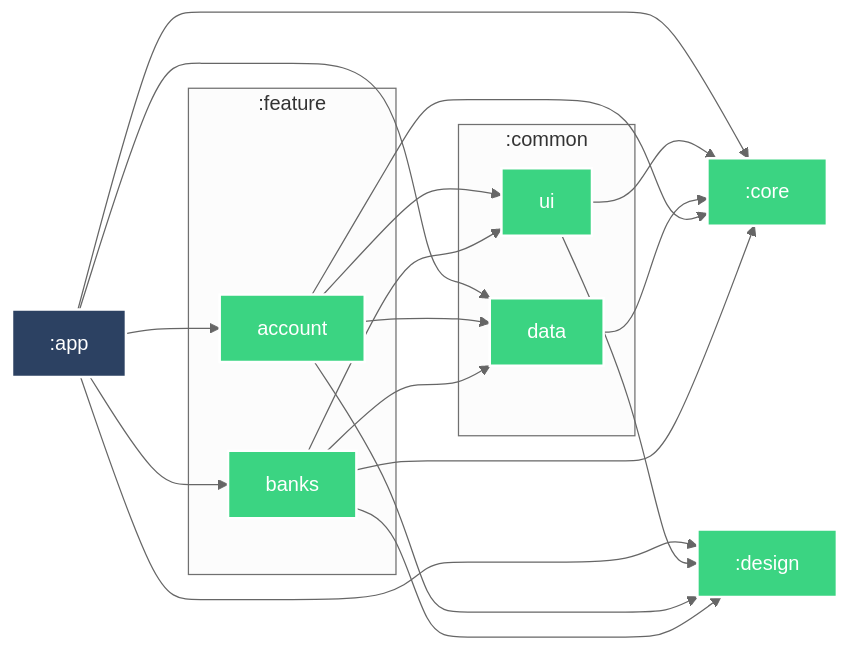
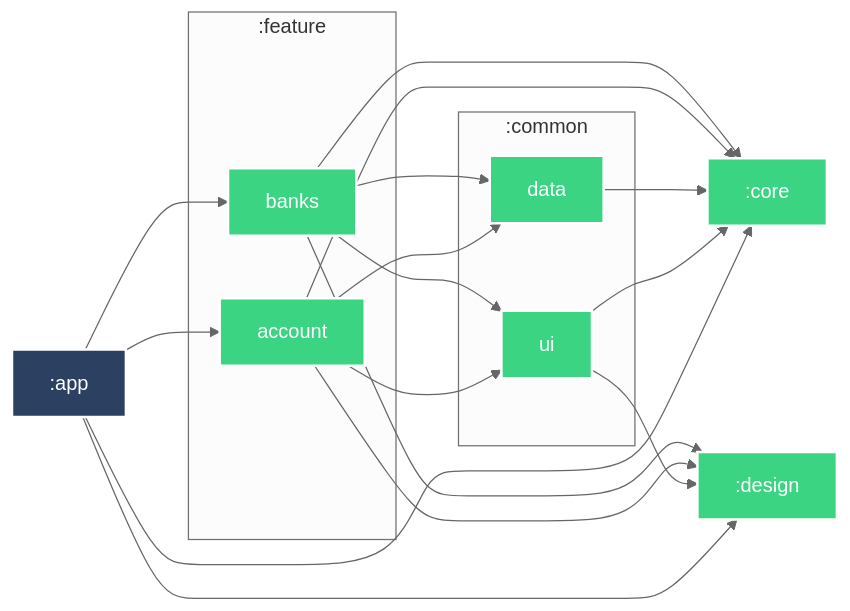
The diagram in docs/README.md (r4dixx/CATSikel), drawn with Mermaid before and after one commit. The commit also changed 10 other files, not shown here.

````diff
--- a/docs/README.md
+++ b/docs/README.md
@@ -3,44 +3,43 @@
 ```mermaid
 %%{
   init: {
     'theme': 'neutral'
   }
 }%%
 
 graph LR
   subgraph :common
     :common:data["data"]
     :common:ui["ui"]
   end
   subgraph :feature
     :feature:banks["banks"]
     :feature:account["account"]
   end
   :feature:banks --> :core
-  :feature:banks --> :design
   :feature:banks --> :common:data
   :feature:banks --> :common:ui
+  :feature:banks --> :design
   :feature:account --> :core
+  :feature:account --> :common:ui
+  :feature:account --> :common:data
   :feature:account --> :design
-  :feature:account --> :common:data
-  :feature:account --> :common:ui
   :common:data --> :core
   :common:ui --> :core
   :common:ui --> :design
-  :app --> :common:data
   :app --> :core
   :app --> :design
   :app --> :feature:account
   :app --> :feature:banks
 
 classDef android-library fill:#3BD482,stroke:#fff,stroke-width:2px,color:#fff;
 classDef android-application fill:#2C4162,stroke:#fff,stroke-width:2px,color:#fff;
 class :feature:banks android-library
 class :core android-library
-class :design android-library
 class :common:data android-library
 class :common:ui android-library
+class :design android-library
 class :feature:account android-library
 class :app android-application
 
 ```
````
